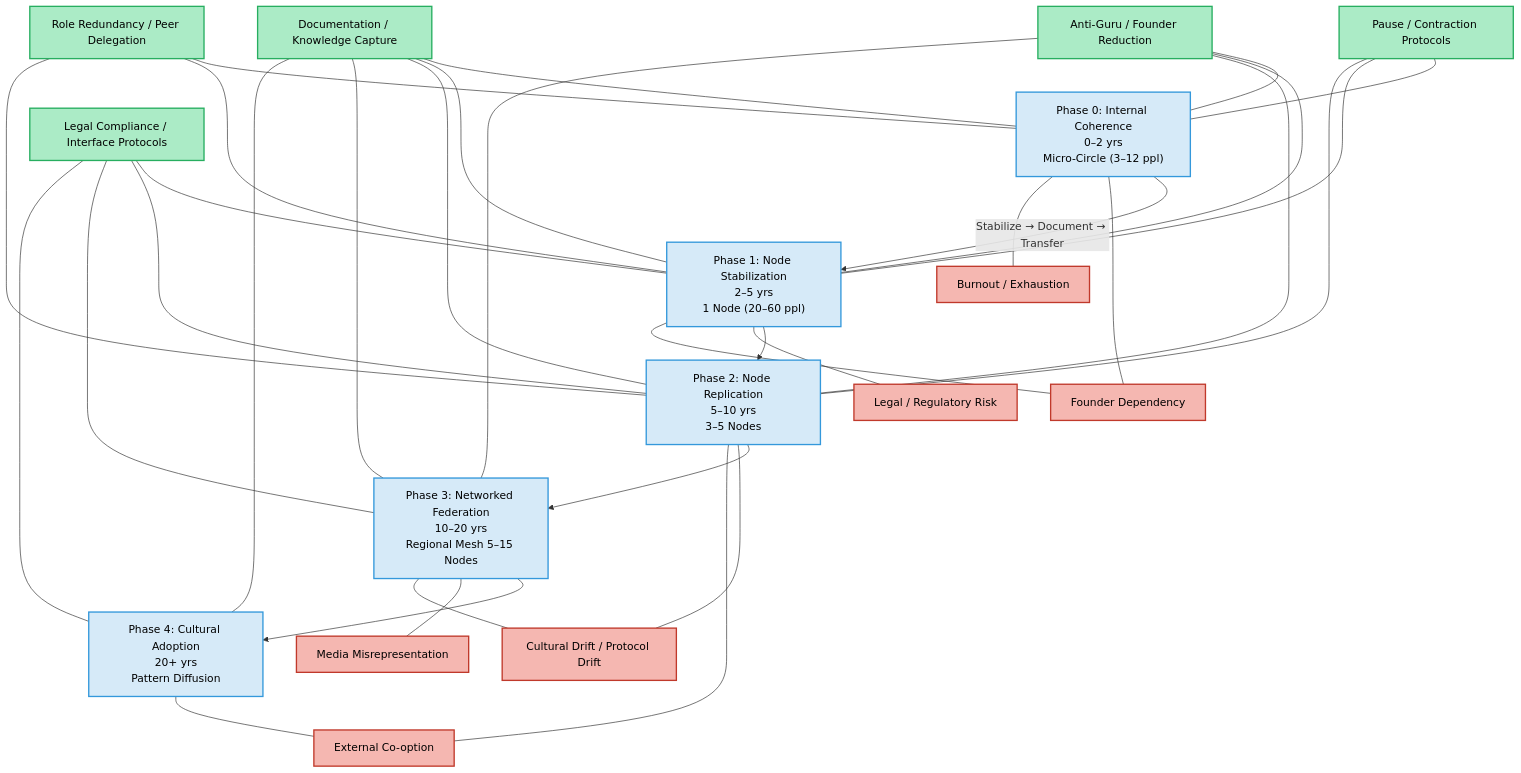
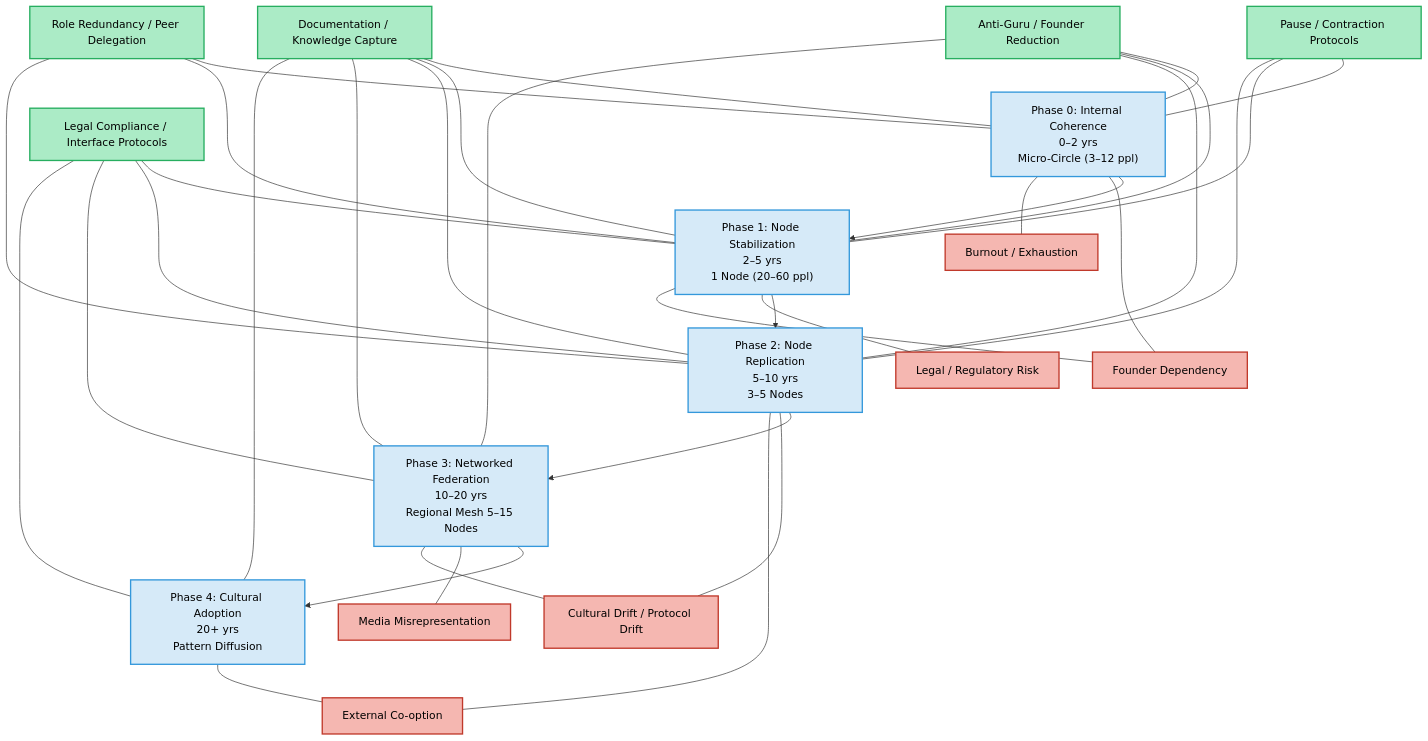
One commit to ExistensialReset/manifesto changed the diagram in core/README.md. Above: the diagram before and after it, drawn with Mermaid. The commit also changed other lines of this file, not shown here.

````diff
--- a/core/README.md
+++ b/core/README.md
@@ -144,71 +144,65 @@
 ```mermaid
 flowchart TD
-    %% --- FASER ---
+    %% --- PHASES ---
     Phase0["Phase 0: Internal Coherence\n0–2 yrs\nMicro-Circle (3–12 ppl)"]:::phase
     Phase1["Phase 1: Node Stabilization\n2–5 yrs\n1 Node (20–60 ppl)"]:::phase
     Phase2["Phase 2: Node Replication\n5–10 yrs\n3–5 Nodes"]:::phase
     Phase3["Phase 3: Networked Federation\n10–20 yrs\nRegional Mesh 5–15 Nodes"]:::phase
     Phase4["Phase 4: Cultural Adoption\n20+ yrs\nPattern Diffusion"]:::phase
 
-    %% --- HOT / RISKS ---
+    %% --- RISKS ---
     FounderDep["Founder Dependency"]:::risk
     Burnout["Burnout / Exhaustion"]:::risk
     LegalIssues["Legal / Regulatory Risk"]:::risk
     CulturalDrift["Cultural Drift / Protocol Drift"]:::risk
     MediaMisinterpret["Media Misrepresentation"]:::risk
     CoOption["External Co-option"]:::risk
 
-    %% --- ÅTGÄRDER / MITIGERINGAR ---
+    %% --- MITIGATIONS ---
     Documentation["Documentation / Knowledge Capture"]:::mitigation
     PauseProtocols["Pause / Contraction Protocols"]:::mitigation
     AntiGuru["Anti-Guru / Founder Reduction"]:::mitigation
     LegalCompliance["Legal Compliance / Interface Protocols"]:::mitigation
     RoleRedundancy["Role Redundancy / Peer Delegation"]:::mitigation
 
-    %% --- Länkar Faser ---
-    Phase0 -->|Stabilize → Document → Transfer| Phase1
-    Phase1 --> Phase2
-    Phase2 --> Phase3
-    Phase3 --> Phase4
-
-    %% --- Risk kopplingar ---
+    %% --- CONNECTIONS ---
+    Phase0 --> Phase1 --> Phase2 --> Phase3 --> Phase4
     Phase0 --- FounderDep
     Phase0 --- Burnout
     Phase1 --- LegalIssues
     Phase1 --- FounderDep
     Phase2 --- CulturalDrift
     Phase2 --- CoOption
     Phase3 --- MediaMisinterpret
     Phase3 --- CulturalDrift
     Phase4 --- CoOption
 
-    %% --- Mitigering kopplingar ---
     Documentation --- Phase0
     Documentation --- Phase1
     Documentation --- Phase2
     Documentation --- Phase3
     Documentation --- Phase4
 
     PauseProtocols --- Phase0
     PauseProtocols --- Phase1
     PauseProtocols --- Phase2
 
     AntiGuru --- Phase0
     AntiGuru --- Phase1
     AntiGuru --- Phase2
     AntiGuru --- Phase3
 
     LegalCompliance --- Phase1
     LegalCompliance --- Phase2
     LegalCompliance --- Phase3
     LegalCompliance --- Phase4
 
     RoleRedundancy --- Phase0
     RoleRedundancy --- Phase1
     RoleRedundancy --- Phase2
 
-    %% --- Stil ---
+    %% --- STYLES ---
     classDef phase fill:#D6EAF8,stroke:#3498DB,stroke-width:2px,color:#000;
     classDef risk fill:#F5B7B1,stroke:#C0392B,stroke-width:2px,color:#000;
     classDef mitigation fill:#ABEBC6,stroke:#27AE60,stroke-width:2px,color:#000;
 ```
````
